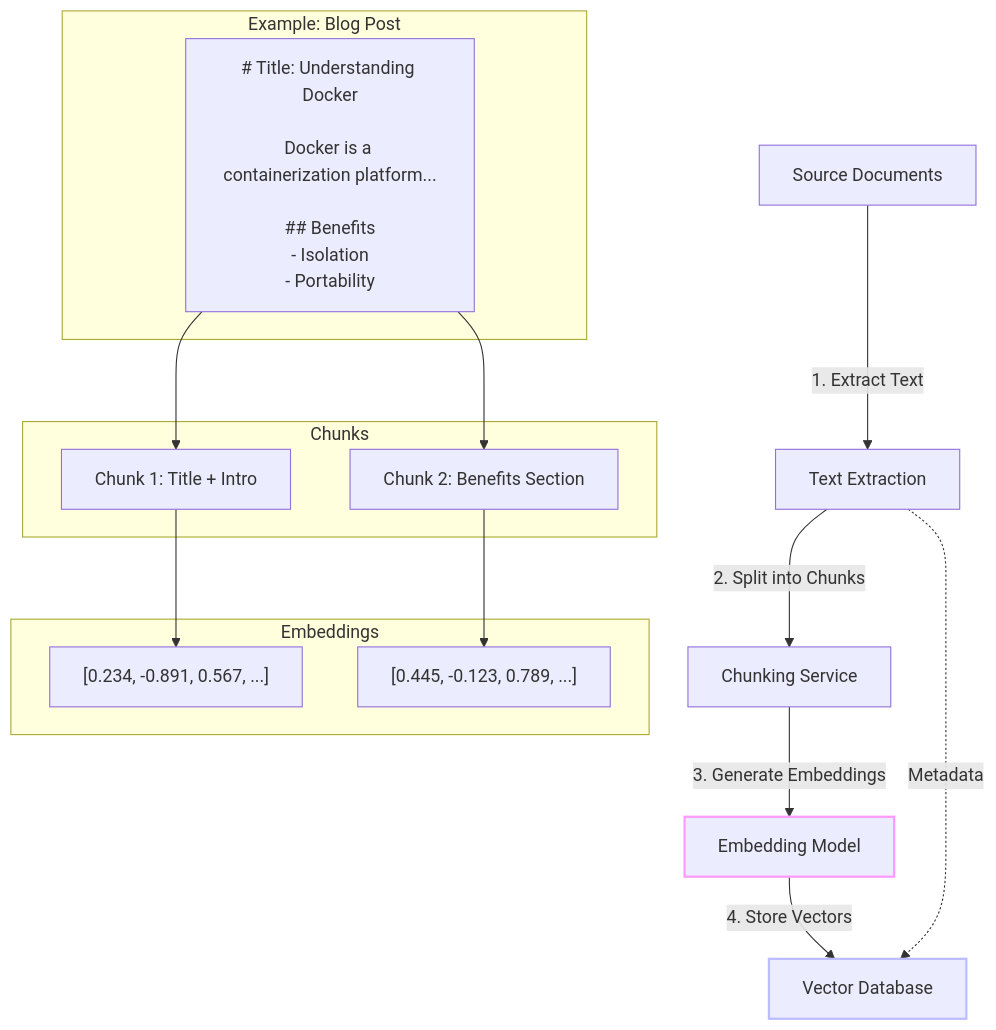
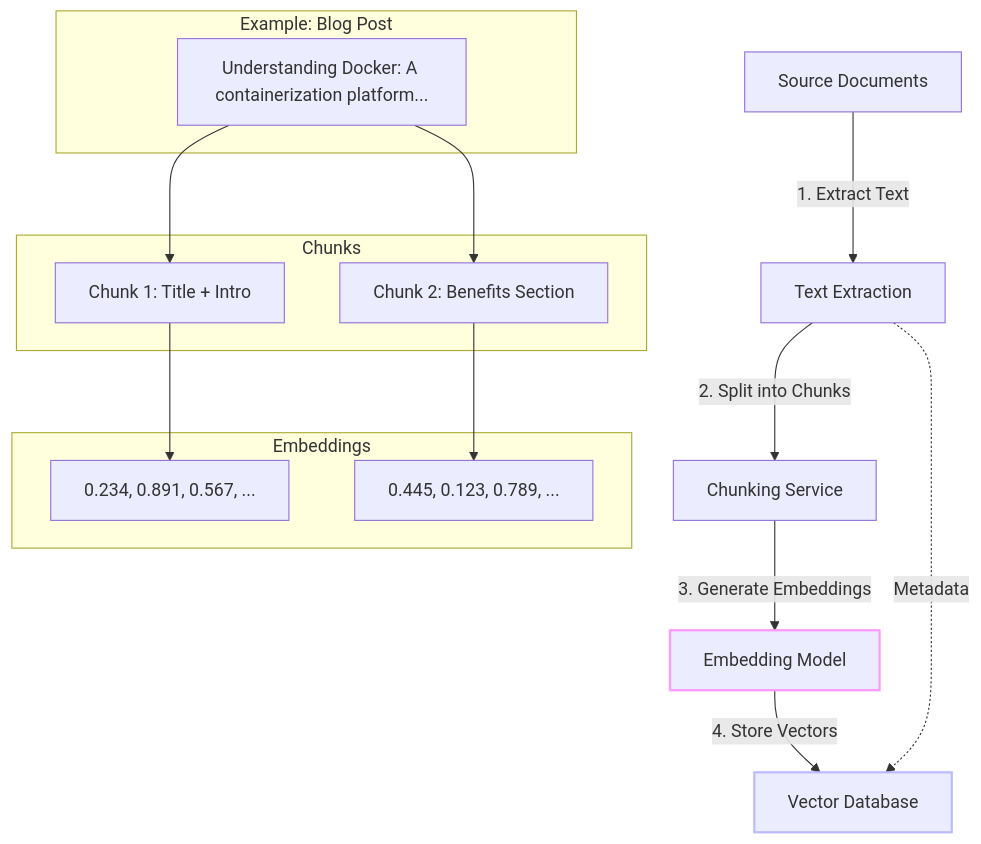
The first of 7 diagrams in Mostlylucid/Markdown/rag-architecture.md (Shaddix/mostlylucidweb), drawn with Mermaid before and after one commit. The commit also changed 9 other files, not shown here.

````diff
--- a/Mostlylucid/Markdown/rag-architecture.md
+++ b/Mostlylucid/Markdown/rag-architecture.md
@@ -35,31 +35,31 @@
 ```mermaid
 flowchart TB
     A[Source Documents] -->|1. Extract Text| B[Text Extraction]
     B -->|2. Split into Chunks| C[Chunking Service]
     C -->|3. Generate Embeddings| D[Embedding Model]
     D -->|4. Store Vectors| E[Vector Database]
 
     B -.Metadata.-> E
 
     subgraph "Example: Blog Post"
-        F["# Title: Understanding Docker\n\nDocker is a containerization platform...\n\n## Benefits\n- Isolation\n- Portability"]
+        F["Understanding Docker: A containerization platform..."]
     end
 
     subgraph "Chunks"
         G["Chunk 1: Title + Intro"]
         H["Chunk 2: Benefits Section"]
     end
 
     subgraph "Embeddings"
-        I["[0.234, -0.891, 0.567, ...]"]
-        J["[0.445, -0.123, 0.789, ...]"]
+        I["0.234, 0.891, 0.567, ..."]
+        J["0.445, 0.123, 0.789, ..."]
     end
 
     F --> G
     F --> H
     G --> I
     H --> J
 
     style D stroke:#f9f,stroke-width:2px
     style E stroke:#bbf,stroke-width:2px
 ```
````
